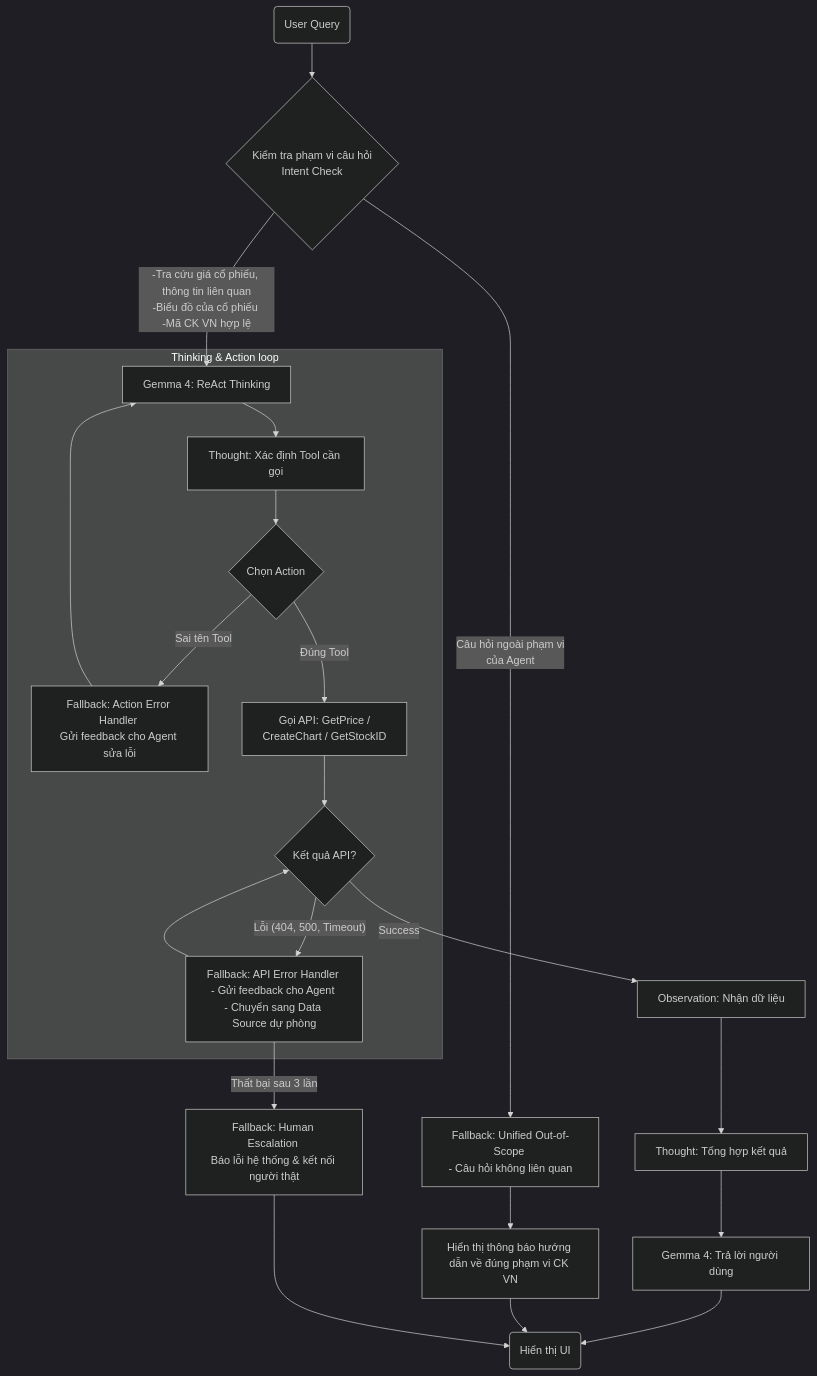
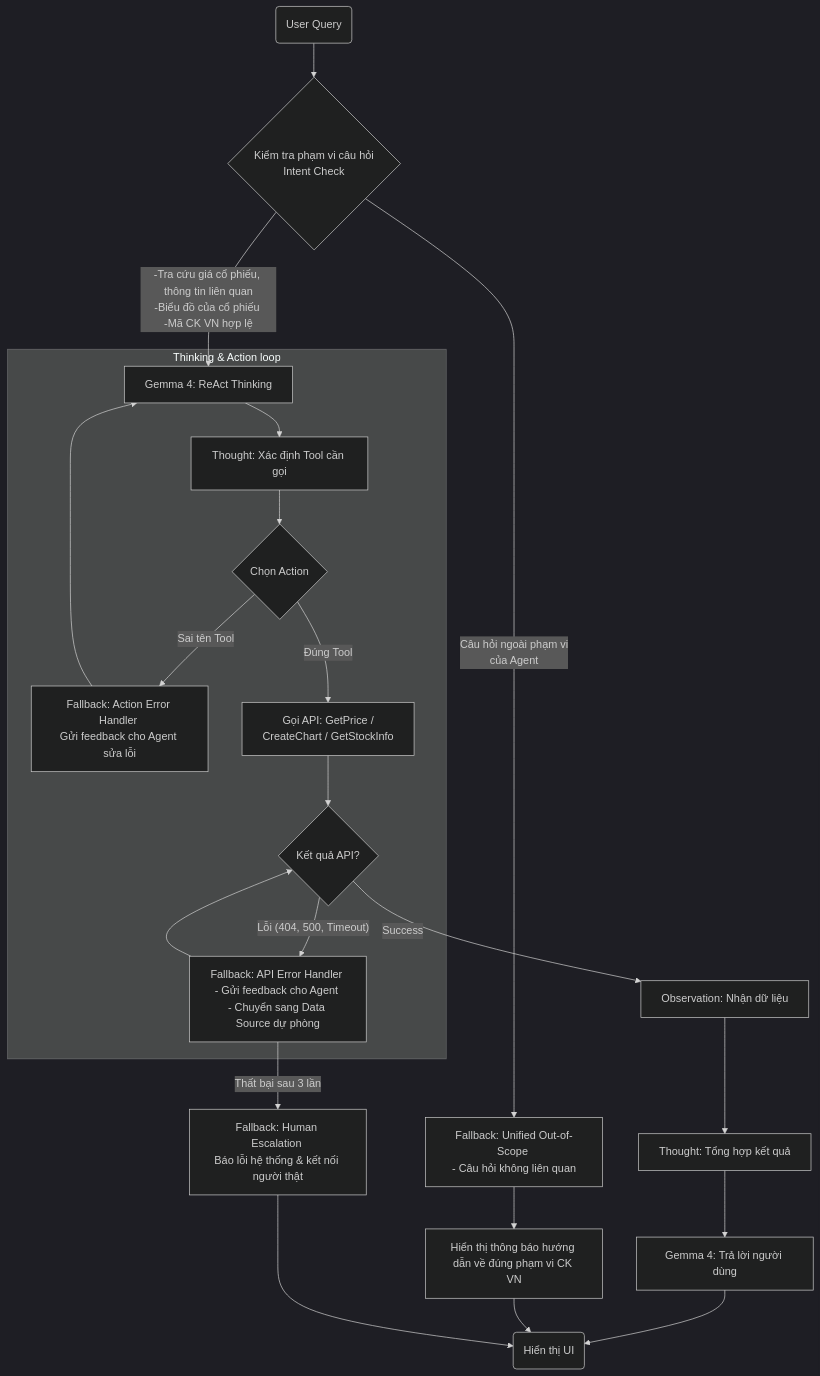
Before and after one commit to nyclone569/day03_E402_group_5b: the diagram in README.md, drawn with Mermaid (dark theme). The commit also changed other lines of this file, not shown here.

````diff
--- a/README.md
+++ b/README.md
@@ -13,39 +65,39 @@
 ```mermaid
  graph TD
     %% Khởi đầu
     Start(User Query) --> Guardrail{Kiểm tra phạm vi câu hỏi<br/>Intent Check}
 
     %% Tầng 1: Unified Fallback cho các trường hợp Out-of-Scope
-    Guardrail -- "Câu hỏi ngoài phạm vi<br/>của Agent" --> UnifiedFallback[Fallback: Unified Out-of-Scope <br/>- Câu hỏi không liên quan]
-    UnifiedFallback --> UI_Msg[Hiển thị thông báo hướng <br/>dẫn về đúng phạm vi CK VN]
+    Guardrail -- "Câu hỏi ngoài phạm vi<br/>của Agent" --> UnifiedFallback[Fallback: Unified Out-of-Scope <br>- Câu hỏi không liên quan]
+    UnifiedFallback --> UI_Msg[Hiển thị thông báo hướng <br>dẫn về đúng phạm vi CK VN]
 
     %% Tầng 2: Luồng chính (In-Scope)
     Guardrail -- "-Tra cứu giá cổ phiếu, thông tin liên quan<br>-Biểu đồ của cổ phiếu <br/>-Mã CK VN hợp lệ" --> AgentBrain[Gemma 4: ReAct Thinking]
     
     subgraph ReAct_Core [Thinking & Action loop]
         AgentBrain --> Thought[Thought: Xác định Tool cần gọi]
         Thought --> ActionSelection{Chọn Action}
         
         %% Fallback cho Action Name
-        ActionSelection -- "Sai tên Tool" --> ActionErr[Fallback: Action Error Handler <br/>Gửi feedback cho Agent sửa lỗi]
+        ActionSelection -- "Sai tên Tool" --> ActionErr[Fallback: Action Error Handler <br>Gửi feedback cho Agent sửa lỗi]
         ActionErr --> AgentBrain
         
         %% Thực thi Tool & Xử lý lỗi API
-        ActionSelection -- "Đúng Tool" --> Execute[Gọi API: GetPrice / <br/>CreateChart / GetStockID]
+        ActionSelection -- "Đúng Tool" --> Execute[Gọi API: GetPrice / <br>CreateChart / GetStockInfo]
         Execute --> APICheck{Kết quả API?}
         
-        APICheck -- "Lỗi (404, 500, Timeout)" --> APIFallback[Fallback: API Error Handler <br/>- Gửi feedback cho Agent <br/>- Chuyển sang Data Source dự phòng]
+        APICheck -- "Lỗi (404, 500, Timeout)" --> APIFallback[Fallback: API Error Handler <br>- Gửi feedback cho Agent <br>- Chuyển sang Data Source dự phòng]
         APIFallback --> APICheck
     end
 
     %% Tầng 3: Observation & Output
     APICheck -- "Success" --> Observation[Observation: Nhận dữ liệu]
     Observation --> FinalThought[Thought: Tổng hợp kết quả]
     FinalThought --> FinalAnswer[Gemma 4: Trả lời người dùng]
 
     %% Tầng 4: Phao cứu sinh cuối (Human Escalation)
-    APIFallback -- "Thất bại sau 3 lần" --> HumanEsc[Fallback: Human Escalation <br/>Báo lỗi hệ thống & kết nối người thật]
+    APIFallback -- "Thất bại sau 3 lần" --> HumanEsc[Fallback: Human Escalation <br>Báo lỗi hệ thống & kết nối người thật]
     
     %% Kết thúc
     FinalAnswer & UI_Msg & HumanEsc --> End(Hiển thị UI)
 ```
````
